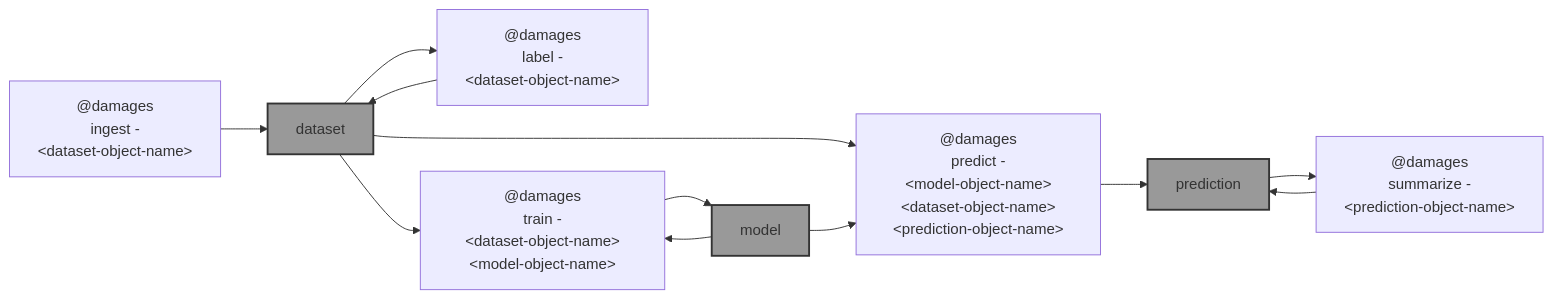
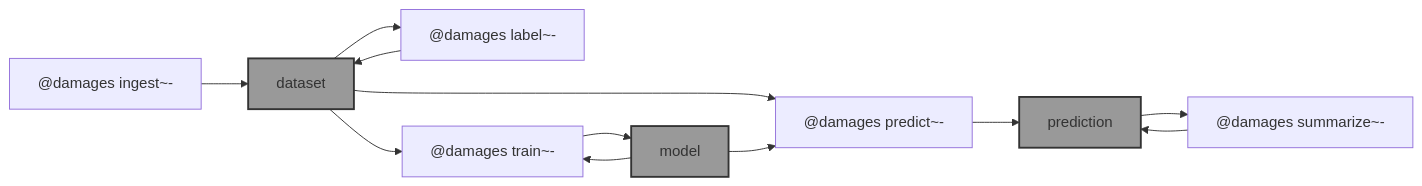
One commit to kamangir/blue-sandbox changed the diagram in blue_sandbox/microsoft_building_damage_assessment/template.md. Above: the diagram before and after it, drawn with Mermaid. The commit also changed 5 other files, not shown here.

Commit message:
mermaid - kamangir/bolt#746

````diff
--- a/blue_sandbox/microsoft_building_damage_assessment/template.md
+++ b/blue_sandbox/microsoft_building_damage_assessment/template.md
@@ -5,30 +5,30 @@
 ```mermaid
 graph LR
-    ingest["@damages<br>ingest -<br>&lt;dataset-object-name&gt;"]
-    label["@damages<br>label -<br>&lt;dataset-object-name&gt;"]
-    train["@damages<br>train -<br>&lt;dataset-object-name&gt;&lt;model-object-name&gt;"]
-    predict["@damages<br>predict -<br>&lt;model-object-name&gt;&lt;dataset-object-name&gt;&lt;prediction-object-name&gt;"]
-    summarize["@damages<br>summarize -<br>&lt;prediction-object-name&gt;"]
+    ingest["@damages ingest~- <dataset-object-name>"]
+    label["@damages label~- <dataset-object-name>"]
+    train["@damages train~- <dataset-object-name> <model-object-name>"]
+    predict["@damages predict~- <model-object-name> <dataset-object-name> <prediction-object-name>"]
+    summarize["@damages summarize~- <prediction-object-name>"]
 
     dataset["dataset"]:::folder
     model["model"]:::folder
     prediction["prediction"]:::folder
 
     ingest --> dataset
 
     dataset --> label
     label --> dataset
 
     dataset --> train
     model --> train
     train --> model
 
     dataset --> predict
     model --> predict
     predict --> prediction
 
     prediction --> summarize
     summarize --> prediction
 
     classDef folder fill:#999,stroke:#333,stroke-width:2px;
 ```
````
